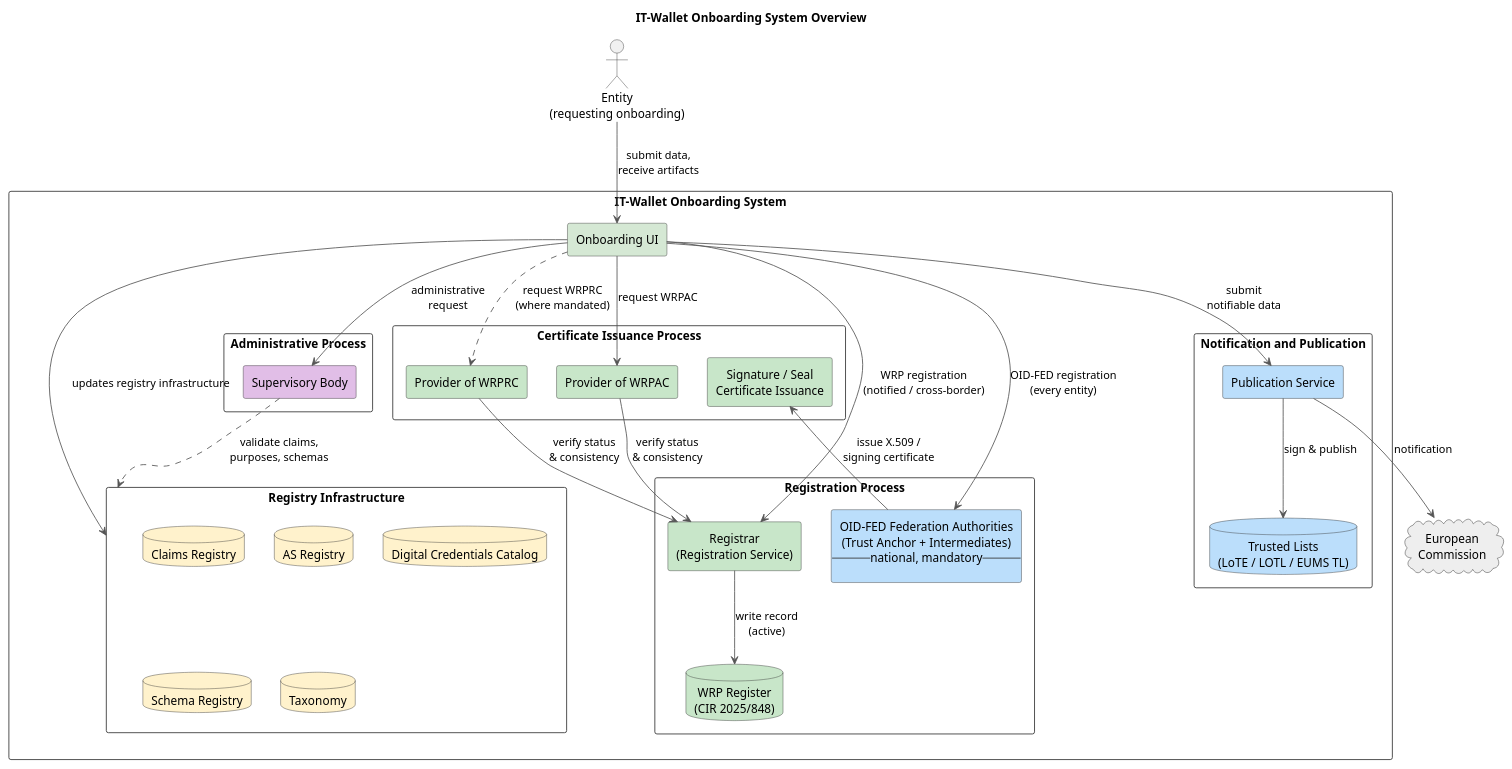
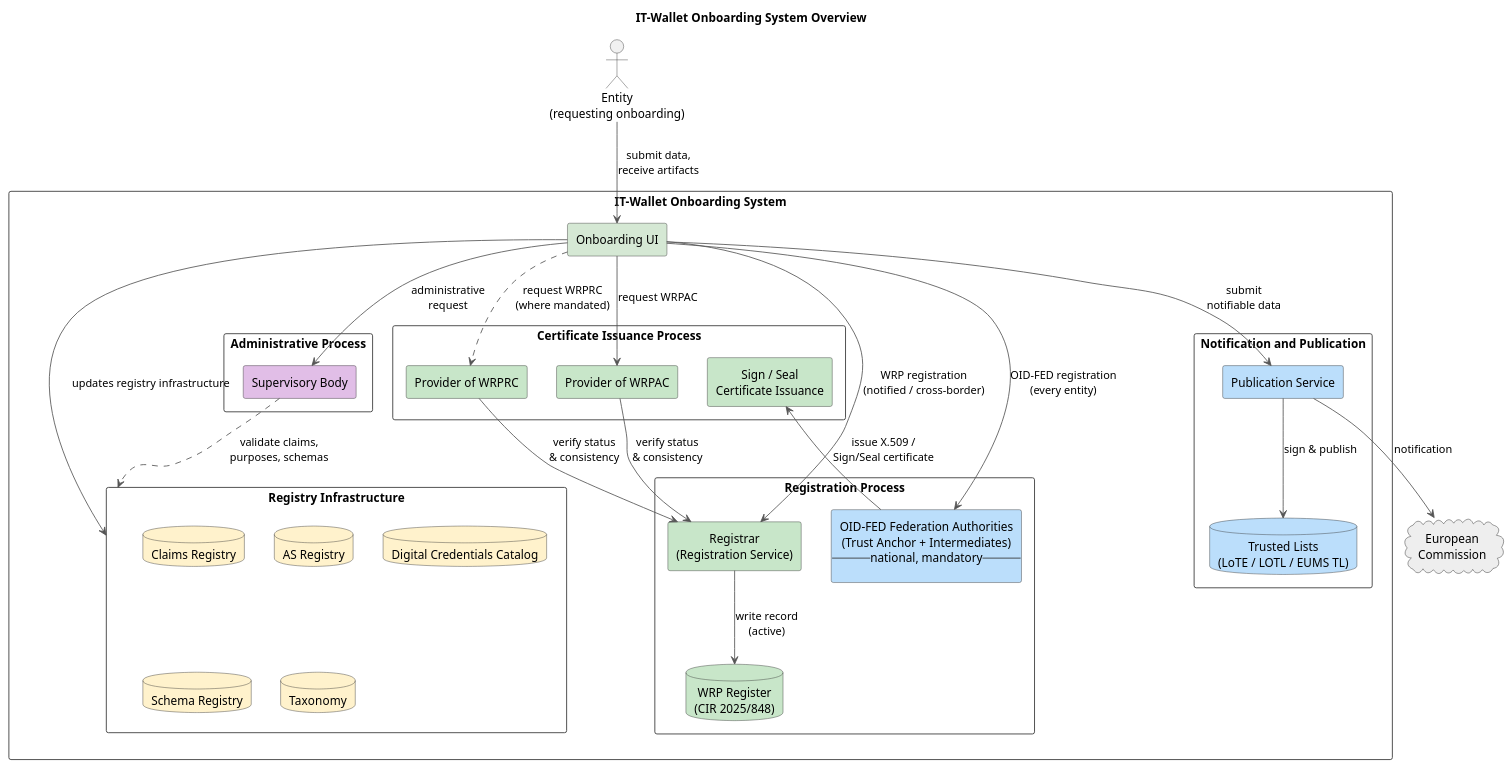
Before and after one commit to italia/eid-wallet-it-docs: the diagram in docs/en/plantuml/onboarding-system-overview.puml, drawn with PlantUML. The commit also changed 2 other files, not shown here.

Commit message:
fix: editorial, signing certificate --> Sign/Seal Certificate

```diff
--- a/docs/en/plantuml/onboarding-system-overview.puml
+++ b/docs/en/plantuml/onboarding-system-overview.puml
@@ -1,79 +1,79 @@
 @startuml
 title IT-Wallet Onboarding System Overview
 
 skinparam shadowing false
 skinparam defaultTextAlignment center
 skinparam packageStyle rectangle
 skinparam ArrowColor #555555
 skinparam rectangle {
   BorderColor #333333
 }
 skinparam database {
   BorderColor #333333
 }
 skinparam actor {
   BorderColor #333333
 }
 
 actor "Entity\n(requesting onboarding)" as ent
 
 package "IT-Wallet Onboarding System" {
 
   rectangle "Onboarding UI" as ui #D5E8D4
 
   package "Administrative Process" {
     rectangle "Supervisory Body" as adm #E1BEE7
   }
 
   package "Registration Process" {
     rectangle "OID-FED Federation Authorities\n(Trust Anchor + Intermediates)\n-- national, mandatory --" as fed #BBDEFB
     rectangle "Registrar\n(Registration Service)" as reg #C8E6C9
     database "WRP Register\n(CIR 2025/848)" as wrpreg #C8E6C9
   }
 
   package "Certificate Issuance Process" {
     rectangle "Provider of WRPAC" as wrpac #C8E6C9
     rectangle "Provider of WRPRC" as wrprc #C8E6C9
-    rectangle "Signature / Seal\nCertificate Issuance" as sig #C8E6C9
+    rectangle "Sign / Seal\nCertificate Issuance" as sig #C8E6C9
   }
   
   package "Registry Infrastructure" as reginf {
     database "Claims Registry" as claims #FFF2CC
     database "AS Registry" as asreg #FFF2CC
     database "Digital Credentials Catalog" as cat #FFF2CC
     database "Schema Registry" as schema #FFF2CC
     database "Taxonomy" as tax #FFF2CC
   }
 
   package "Notification and Publication" {
     rectangle "Publication Service" as pub #BBDEFB
     database "Trusted Lists\n(LoTE / LOTL / EUMS TL)" as tl #BBDEFB
   }
 
 }
 
 
 
 cloud "European\nCommission" as ec #EEEEEE
 
 ent --> ui : submit data,\nreceive artifacts
 
 ui --> adm : administrative\nrequest
 ui --> fed : OID-FED registration\n(every entity)
 ui --> reg : WRP registration\n(notified / cross-border)
 ui --> wrpac : request WRPAC
 ui ..> wrprc : request WRPRC\n(where mandated)
 ui --> pub : submit\nnotifiable data
 ui --> reginf : updates registry infrastructure
 
 
 reg --> wrpreg : write record\n(active)
 wrpac --> reg : verify status\n& consistency
 wrprc --> reg : verify status\n& consistency
-fed --> sig : issue X.509 /\nsigning certificate
+fed --> sig : issue X.509 /\nSign/Seal certificate
 
 pub --> tl : sign & publish
 pub --> ec : notification
 
 adm ..> reginf : validate claims,\npurposes, schemas
 @enduml
```
